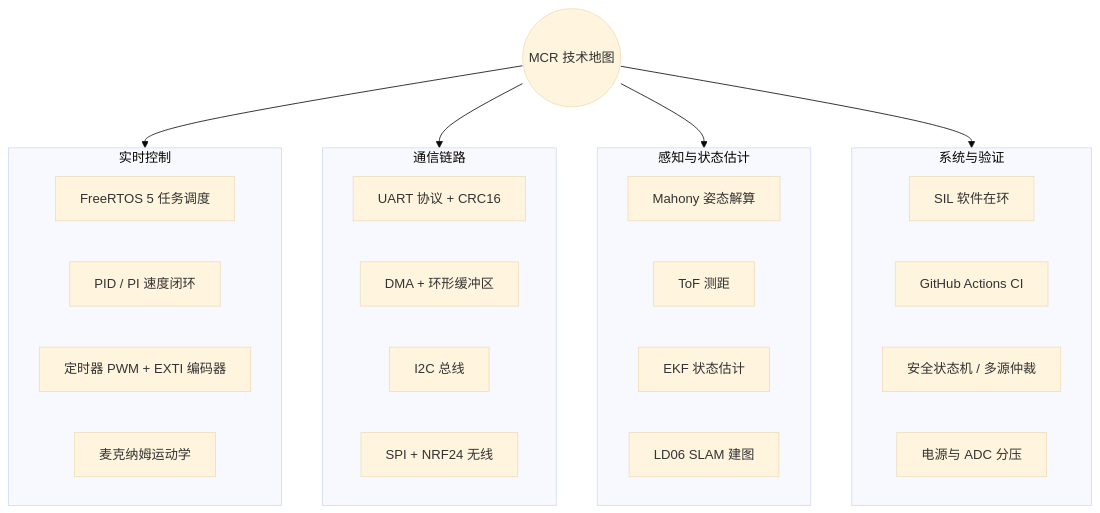
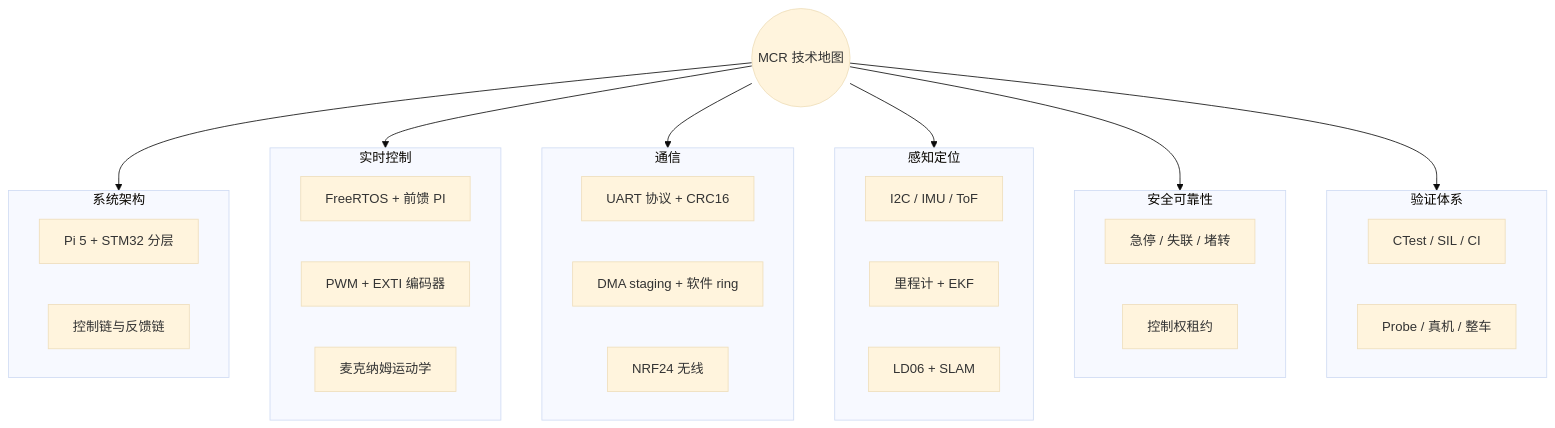
One commit to finnyoun9/mecanum-robot changed the second of 2 diagrams in README.md. Above: the diagram before and after it, drawn with Mermaid (base theme). The commit also changed other lines of this file and 8 other files, not shown here.

First line of the commit message:
docs: split technical map into six topic pages, sync README diagrams

````diff
--- a/README.md
+++ b/README.md
@@ -101,37 +101,44 @@
 ```mermaid
 flowchart TB
     ROOT((MCR 技术地图))
 
-    subgraph RT[实时控制]
-        RT1[FreeRTOS 5 任务调度]
-        RT2[PID / PI 速度闭环]
-        RT3[定时器 PWM + EXTI 编码器]
-        RT4[麦克纳姆运动学]
+    subgraph ARCH[系统架构]
+        A1[Pi 5 + STM32 分层]
+        A2[控制链与反馈链]
     end
 
-    subgraph COMM[通信链路]
-        C1[UART 协议 + CRC16]
-        C2[DMA + 环形缓冲区]
-        C3[I2C 总线]
-        C4[SPI + NRF24 无线]
+    subgraph RT[实时控制]
+        R1[FreeRTOS + 前馈 PI]
+        R2[PWM + EXTI 编码器]
+        R3[麦克纳姆运动学]
     end
 
-    subgraph SENSE[感知与状态估计]
-        S1[Mahony 姿态解算]
-        S2[ToF 测距]
-        S3[EKF 状态估计]
-        S4[LD06 SLAM 建图]
+    subgraph COMM[通信]
+        C1[UART 协议 + CRC16]
+        C2[DMA staging + 软件 ring]
+        C3[NRF24 无线]
     end
 
-    subgraph SYS[系统与验证]
-        Y1[SIL 软件在环]
-        Y2[GitHub Actions CI]
-        Y3[安全状态机 / 多源仲裁]
-        Y4[电源与 ADC 分压]
+    subgraph SENSE[感知定位]
+        S1[I2C / IMU / ToF]
+        S2[里程计 + EKF]
+        S3[LD06 + SLAM]
     end
 
+    subgraph SAFE[安全可靠性]
+        F1[急停 / 失联 / 堵转]
+        F2[控制权租约]
+    end
+
+    subgraph VERIFY[验证体系]
+        V1[CTest / SIL / CI]
+        V2[Probe / 真机 / 整车]
+    end
+
+    ROOT --> ARCH
     ROOT --> RT
     ROOT --> COMM
     ROOT --> SENSE
-    ROOT --> SYS
+    ROOT --> SAFE
+    ROOT --> VERIFY
 ```
````
